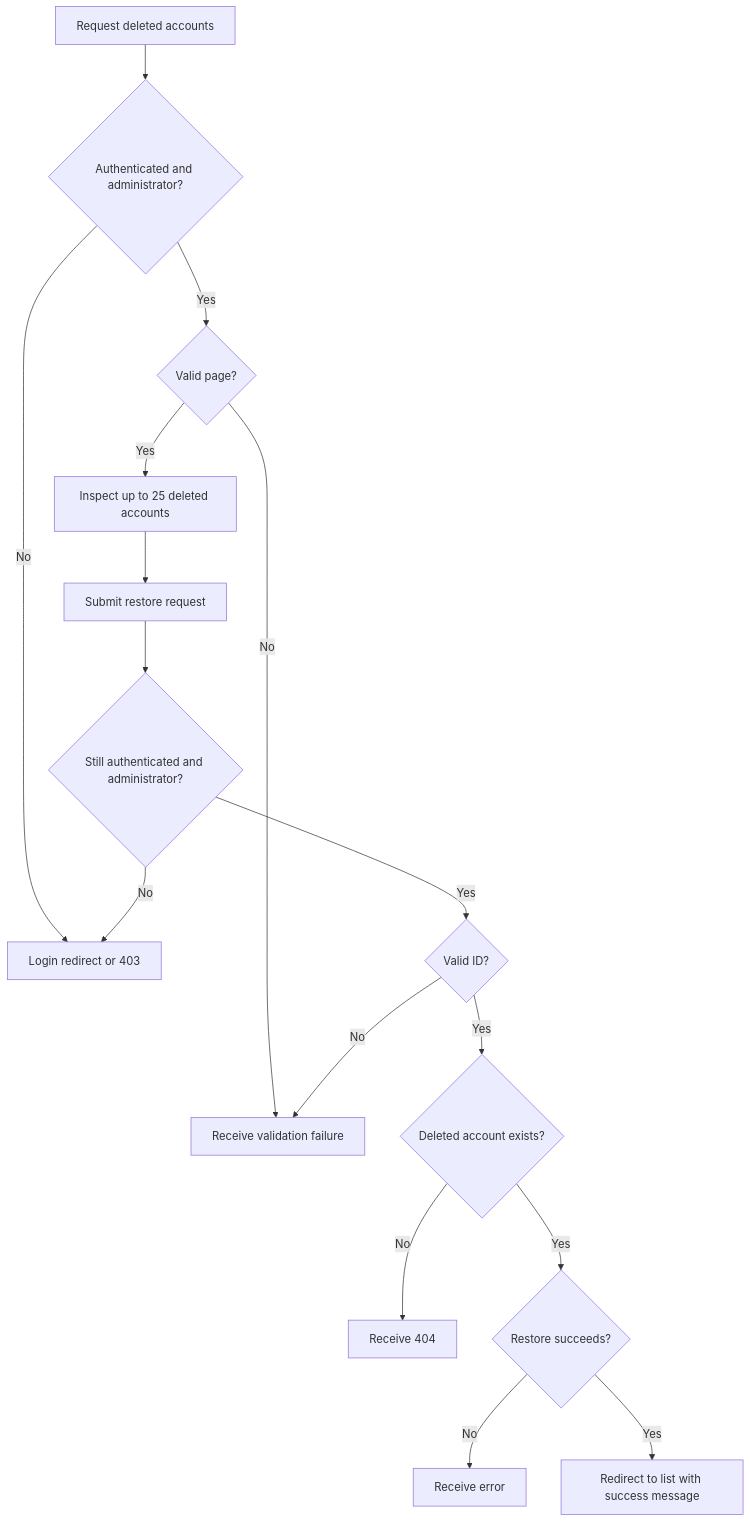
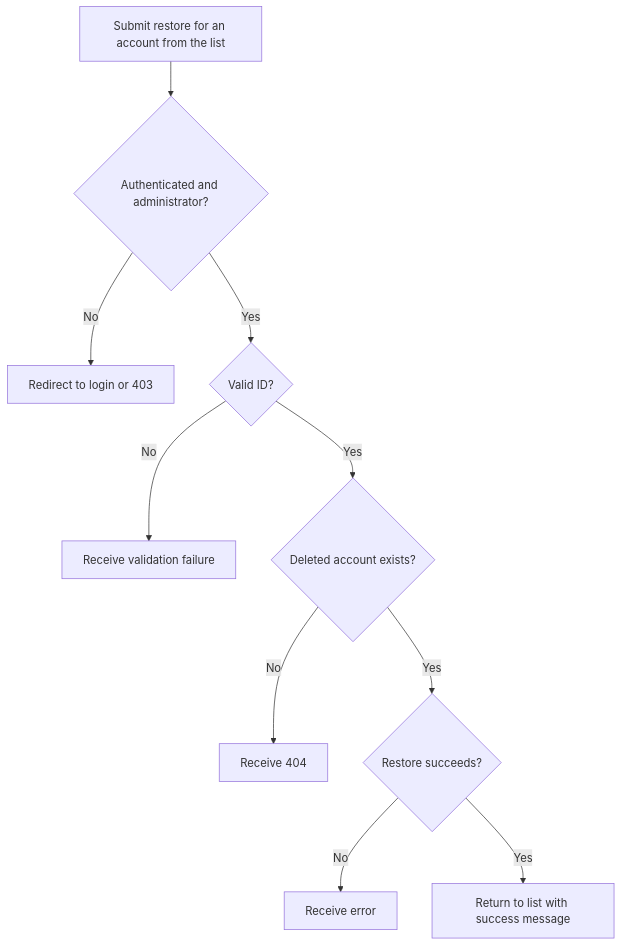
The first of 2 diagrams in user-stories/example-apps/us-demo-04-hypermedia-admin-restore.md (Kevinjohn/oss-adonisjs-lucid-soft-delete), drawn with Mermaid before and after one commit. The commit also changed other lines of this file and 18 other files, not shown here.

````diff
--- a/user-stories/example-apps/us-demo-04-hypermedia-admin-restore.md
+++ b/user-stories/example-apps/us-demo-04-hypermedia-admin-restore.md
@@ -22,17 +20,12 @@
 ```mermaid
 flowchart TD
-    A["Request deleted accounts"] --> B{"Authenticated and administrator?"}
-    B -->|No| C["Login redirect or 403"]
-    B -->|Yes| D{"Valid page?"}
+    A["Submit restore for an account from the list"] --> B{"Authenticated and administrator?"}
+    B -->|No| C["Redirect to login or 403"]
+    B -->|Yes| D{"Valid ID?"}
     D -->|No| E["Receive validation failure"]
-    D -->|Yes| F["Inspect up to 25 deleted accounts"]
-    F --> G["Submit restore request"] --> H{"Still authenticated and administrator?"}
-    H -->|No| C
-    H -->|Yes| I{"Valid ID?"}
-    I -->|No| E
-    I -->|Yes| J{"Deleted account exists?"}
-    J -->|No| K["Receive 404"]
-    J -->|Yes| L{"Restore succeeds?"}
-    L -->|No| M["Receive error"]
-    L -->|Yes| N["Redirect to list with success message"]
+    D -->|Yes| F{"Deleted account exists?"}
+    F -->|No| G["Receive 404"]
+    F -->|Yes| H{"Restore succeeds?"}
+    H -->|No| I["Receive error"]
+    H -->|Yes| J["Return to list with success message"]
 ```
````
